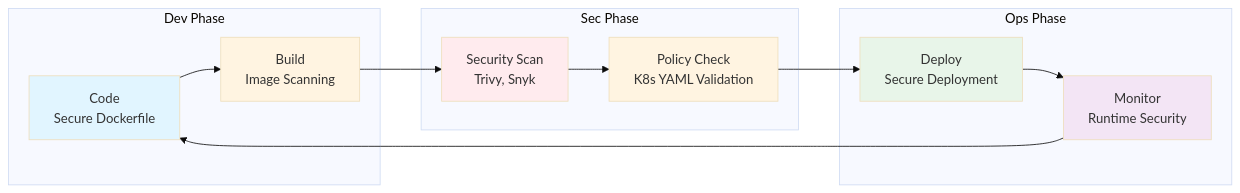
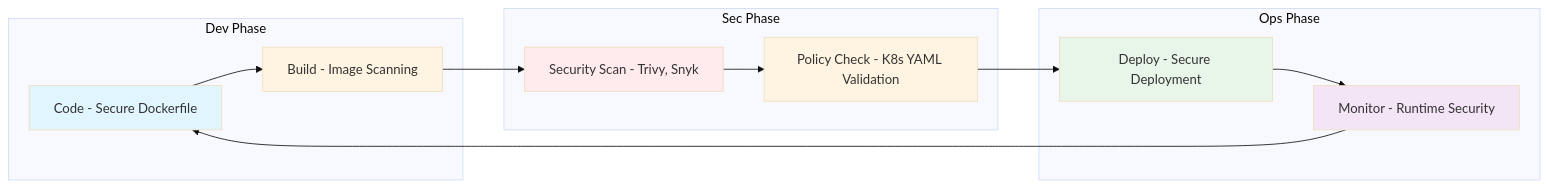
The fourth of 4 diagrams in _posts/2026-01-15-Cloud_Security_Course_8Batch_7Week_Docker_Kubernetes_Security_Practical_Guide.md (Twodragon0/tech-blog), drawn with Mermaid (base theme) before and after one commit. The commit also changed other lines of this file, not shown here.

First line of the commit message:
Fix mermaid diagram syntax for Safari compatibility (mermaid 10.9.5+)

````diff
--- a/_posts/2026-01-15-Cloud_Security_Course_8Batch_7Week_Docker_Kubernetes_Security_Practical_Guide.md
+++ b/_posts/2026-01-15-Cloud_Security_Course_8Batch_7Week_Docker_Kubernetes_Security_Practical_Guide.md
@@ -779,31 +779,31 @@
 ```mermaid
 graph LR
     subgraph Dev["Dev Phase"]
-        Code["Code<br/>Secure Dockerfile"]
-        Build["Build<br/>Image Scanning"]
+        Code["Code - Secure Dockerfile"]
+        Build["Build - Image Scanning"]
     end
     
     subgraph Sec["Sec Phase"]
-        Scan["Security Scan<br/>Trivy, Snyk"]
-        Policy["Policy Check<br/>K8s YAML Validation"]
+        Scan["Security Scan - Trivy, Snyk"]
+        Policy["Policy Check - K8s YAML Validation"]
     end
     
     subgraph Ops["Ops Phase"]
-        Deploy["Deploy<br/>Secure Deployment"]
-        Monitor["Monitor<br/>Runtime Security"]
+        Deploy["Deploy - Secure Deployment"]
+        Monitor["Monitor - Runtime Security"]
     end
     
     Code --> Build
     Build --> Scan
     Scan --> Policy
     Policy --> Deploy
     Deploy --> Monitor
     Monitor --> Code
     
     style Code fill:#e1f5ff
     style Build fill:#fff4e1
     style Scan fill:#ffebee
     style Policy fill:#fff4e1
     style Deploy fill:#e8f5e9
     style Monitor fill:#f3e5f5
 ```
````
